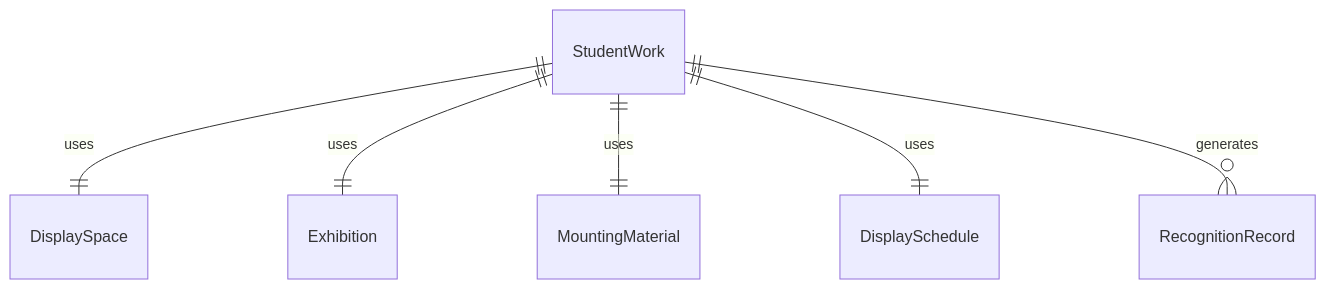
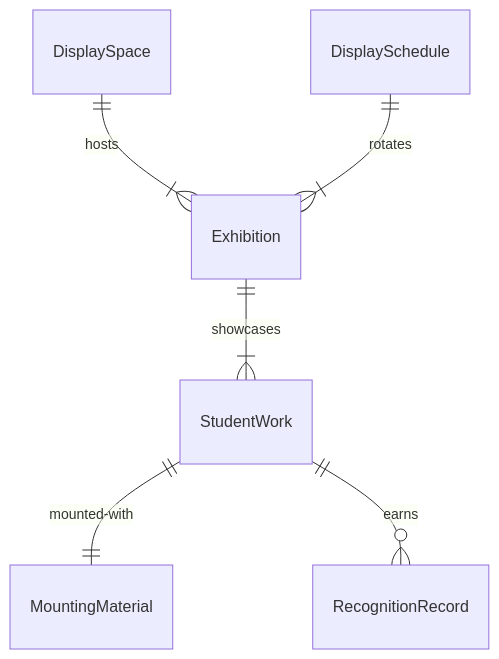
Before and after one commit to dot-org-ai/tasks.org.ai: the first of 4 diagrams in HandlingAndMovingObjects/SetUpClassroomsFacilitiesEducationalMaterialsOrEquipment/DisplayStudentWork.mdx, drawn with Mermaid. The commit also changed other lines of this file and 515 other files, not shown here.

````diff
--- a/HandlingAndMovingObjects/SetUpClassroomsFacilitiesEducationalMaterialsOrEquipment/DisplayStudentWork.mdx
+++ b/HandlingAndMovingObjects/SetUpClassroomsFacilitiesEducationalMaterialsOrEquipment/DisplayStudentWork.mdx
@@ -87,8 +87,8 @@
 ```mermaid
 erDiagram
-    StudentWork ||--|| DisplaySpace : "uses"
-    StudentWork ||--|| Exhibition : "uses"
-    StudentWork ||--|| MountingMaterial : "uses"
-    StudentWork ||--|| DisplaySchedule : "uses"
-    StudentWork ||--o{ RecognitionRecord : "generates"
+    Exhibition ||--|{ StudentWork : "showcases"
+    DisplaySpace ||--|{ Exhibition : "hosts"
+    StudentWork ||--|| MountingMaterial : "mounted-with"
+    DisplaySchedule ||--|{ Exhibition : "rotates"
+    StudentWork ||--o{ RecognitionRecord : "earns"
 ```
````
